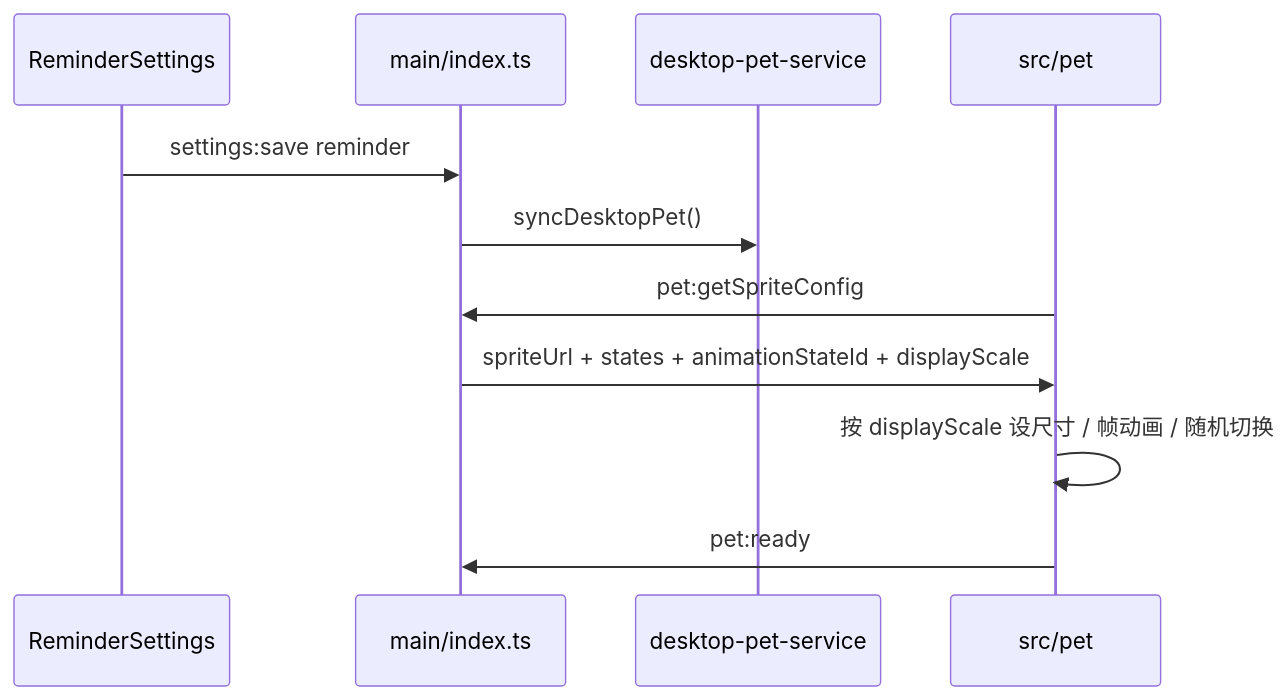
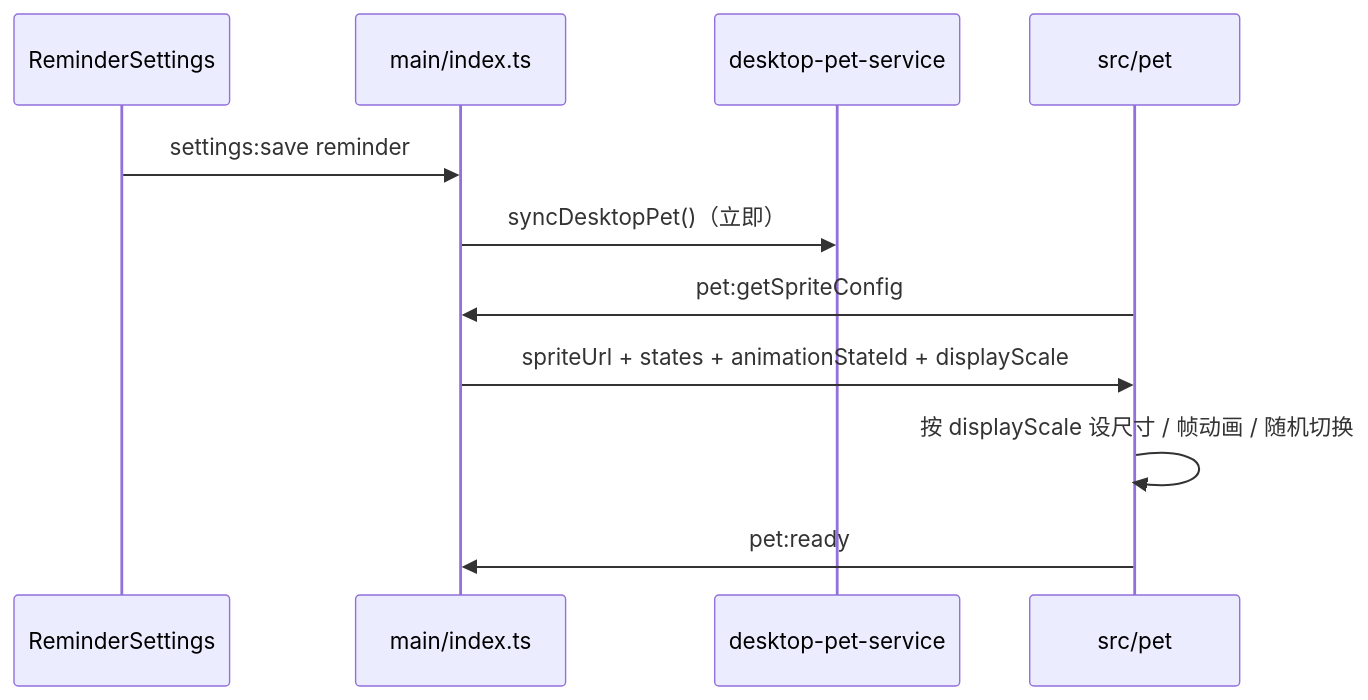
One commit to Landers1037/NioZy changed the third of 5 diagrams in docs/功能宠物.md. Above: the diagram before and after it, drawn with Mermaid. The commit also changed other lines of this file and 2 other files, not shown here.

First line of the commit message:
perf(pet): defer desktop pet startup until main window is ready

````diff
--- a/docs/功能宠物.md
+++ b/docs/功能宠物.md
@@ -54,14 +76,14 @@
 ```mermaid
 sequenceDiagram
   participant Set as ReminderSettings
   participant Main as main/index.ts
   participant Svc as desktop-pet-service
   participant Pet as src/pet
 
   Set->>Main: settings:save reminder
-  Main->>Svc: syncDesktopPet()
+  Main->>Svc: syncDesktopPet()（立即）
   Pet->>Main: pet:getSpriteConfig
   Main->>Pet: spriteUrl + states + animationStateId + displayScale
   Pet->>Pet: 按 displayScale 设尺寸 / 帧动画 / 随机切换
   Pet->>Main: pet:ready
 ```
````
